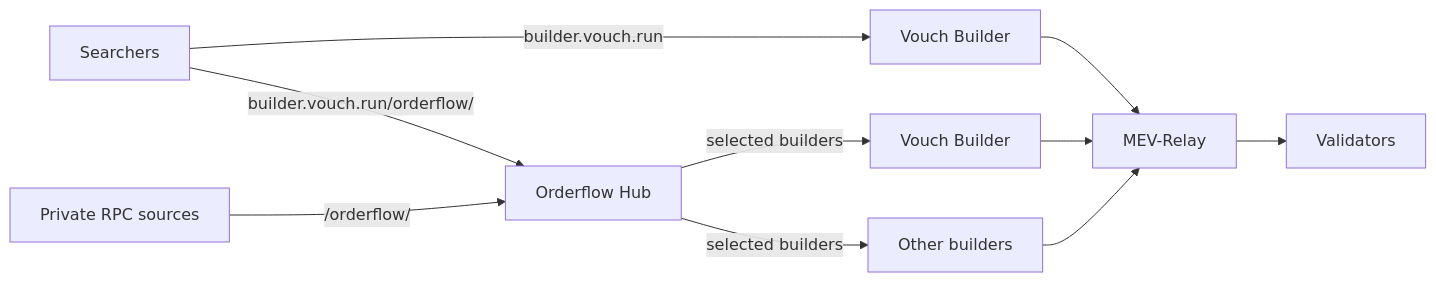
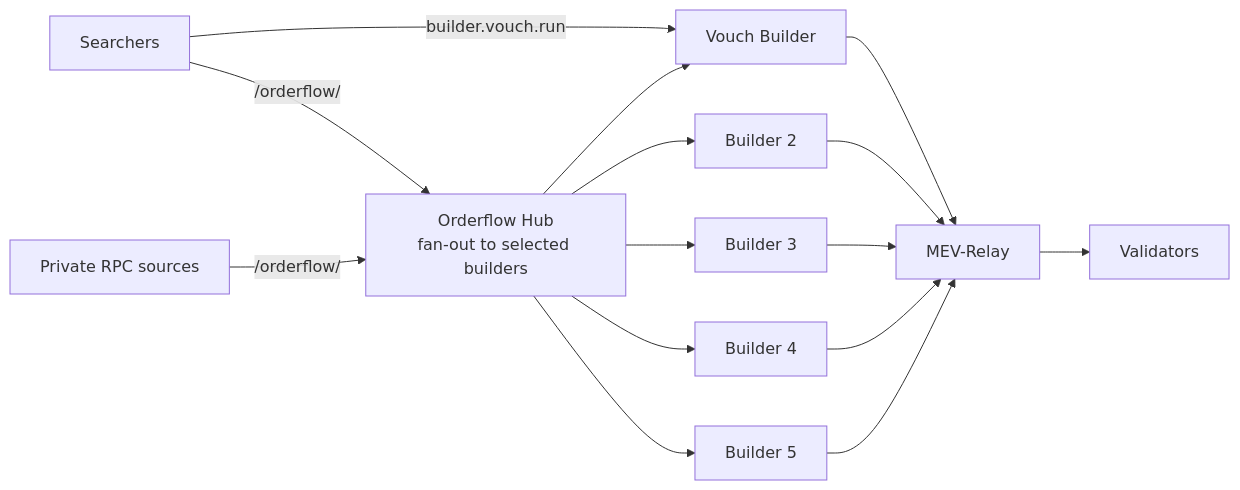
Before and after one commit to Vouchrun/docs: the diagram in docs/mev_stack/orderflow_hub.md, drawn with Mermaid.

Commit message:
docs(mev_stack): clarify the Orderflow Hub fan-out diagram
- Vouch Builder shown once: the direct builder.vouch.run path and the hub
  fan-out converge on the same node
- hub fans out to five builders (Vouch + four others), all bidding through
  the MEV-Relay
- drop the repeated 'selected builders' edge labels; the hub node says it

````diff
--- a/docs/mev_stack/orderflow_hub.md
+++ b/docs/mev_stack/orderflow_hub.md
@@ -24,12 +24,17 @@
 ```mermaid
 flowchart LR
     S[Searchers] -->|builder.vouch.run| VB[Vouch Builder]
-    S -->|builder.vouch.run/orderflow/| H[Orderflow Hub]
+    S -->|/orderflow/| H["Orderflow Hub<br/>fan-out to selected builders"]
     U[Private RPC sources] -->|/orderflow/| H
-    H -->|selected builders| B1[Vouch Builder]
-    H -->|selected builders| B2[Other builders]
+    H --> VB
+    H --> B2[Builder 2]
+    H --> B3[Builder 3]
+    H --> B4[Builder 4]
+    H --> B5[Builder 5]
     VB --> R[MEV-Relay]
-    B1 --> R
     B2 --> R
+    B3 --> R
+    B4 --> R
+    B5 --> R
     R --> V[Validators]
 ```
````
